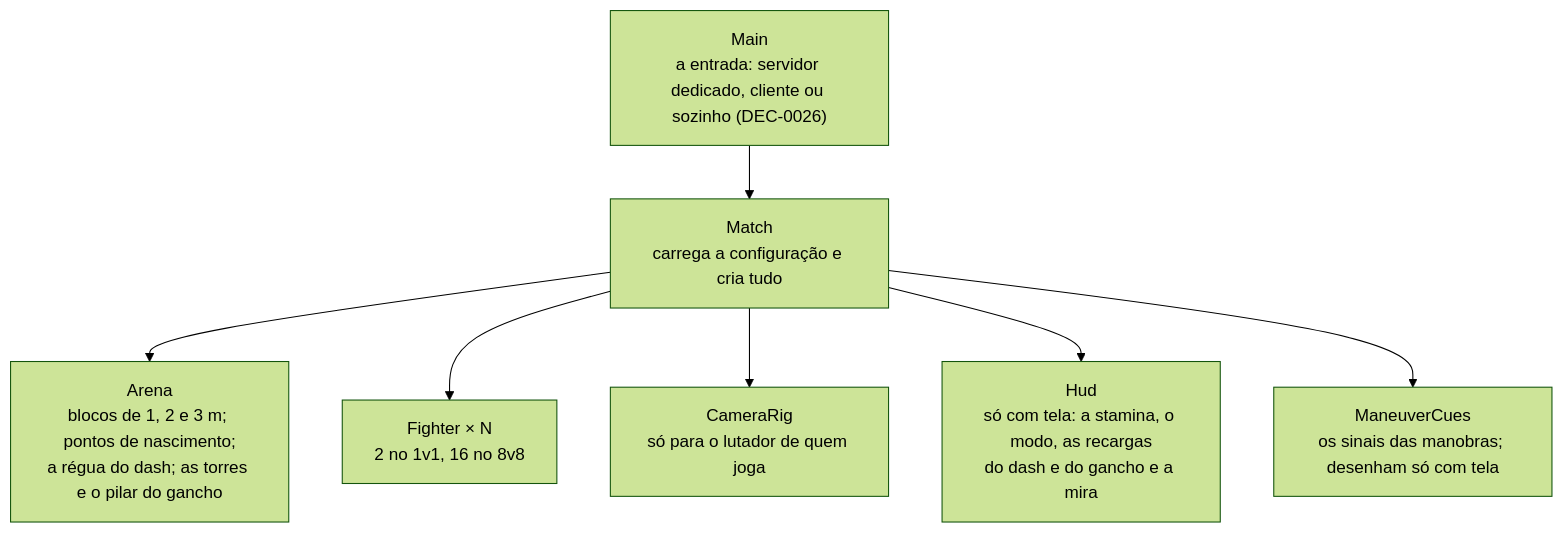
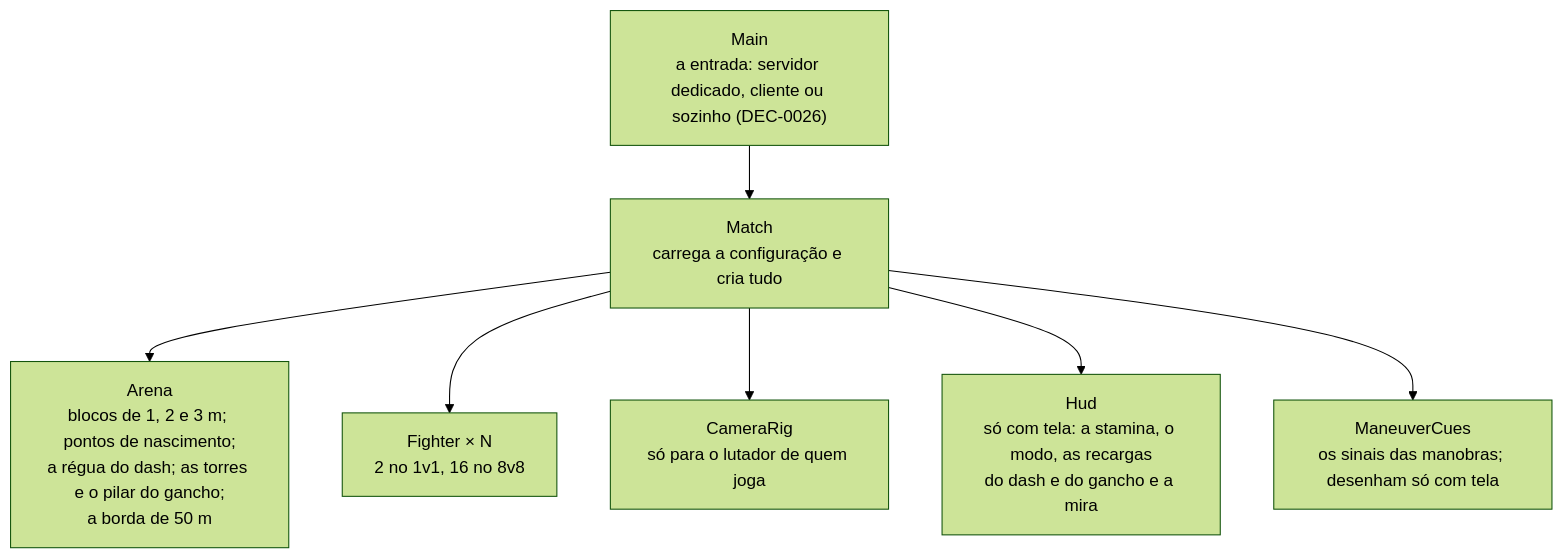
One commit to Kibryant/jogo-acrobatico changed the fifth of 5 diagrams in docs/arquitetura/visao-geral.md. Above: the diagram before and after it, drawn with Mermaid (forest theme). The commit also changed other lines of this file and 24 other files, not shown here.

````diff
--- a/docs/arquitetura/visao-geral.md
+++ b/docs/arquitetura/visao-geral.md
@@ -196,9 +199,9 @@
 ```mermaid
 flowchart TB
   main["Main<br/>a entrada: servidor dedicado, cliente ou sozinho (DEC-0026)"] --> match["Match<br/>carrega a configuração e cria tudo"]
-  match --> arena["Arena<br/>blocos de 1, 2 e 3 m; pontos de nascimento;<br/>a régua do dash; as torres e o pilar do gancho"]
+  match --> arena["Arena<br/>blocos de 1, 2 e 3 m; pontos de nascimento;<br/>a régua do dash; as torres e o pilar do gancho;<br/>a borda de 50 m"]
   match --> fighters["Fighter × N<br/>2 no 1v1, 16 no 8v8"]
   match --> cam["CameraRig<br/>só para o lutador de quem joga"]
   match --> hud["Hud<br/>só com tela: a stamina, o modo, as recargas<br/>do dash e do gancho e a mira"]
   match --> cues["ManeuverCues<br/>os sinais das manobras; desenham só com tela"]
 ```
````
